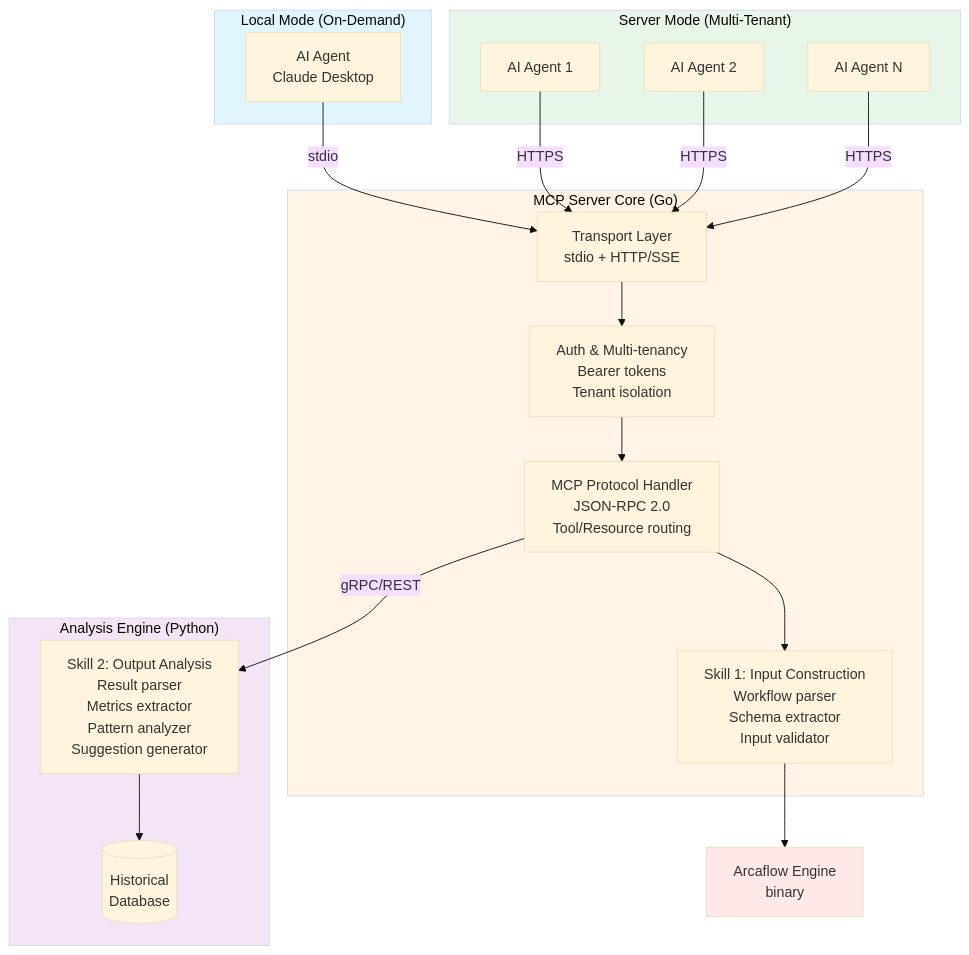
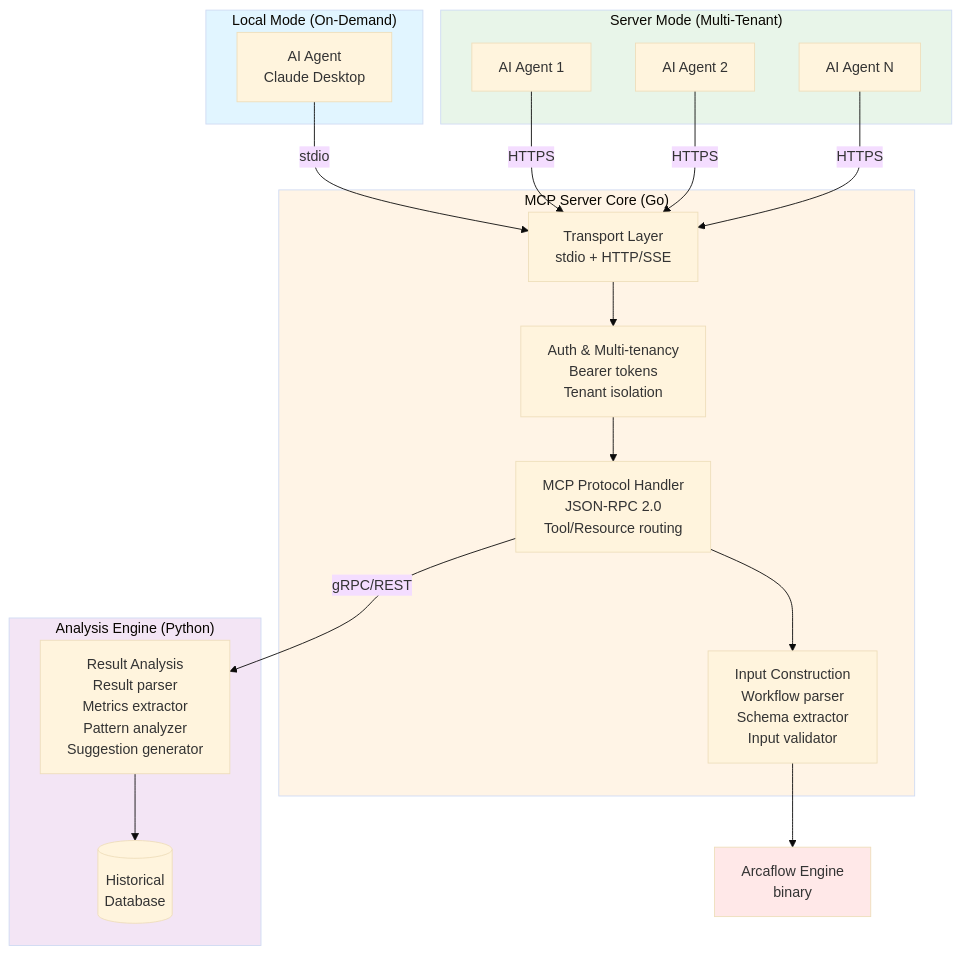
The first of 2 diagrams in DEVELOPMENT_PLAN.md (arcalot/arcaflow-mcp), drawn with Mermaid (base theme) before and after one commit. The commit also changed other lines of this file and 56 other files, not shown here.

First line of the commit message:
feat: expand workflow tooling and analysis integration

````diff
--- a/DEVELOPMENT_PLAN.md
+++ b/DEVELOPMENT_PLAN.md
@@ -632,45 +638,45 @@
 ```mermaid
 graph TB
     subgraph Local_Mode["Local Mode (On-Demand)"]
         Agent1[AI Agent<br/>Claude Desktop]
     end
     
     subgraph Server_Mode["Server Mode (Multi-Tenant)"]
         Agent2[AI Agent 1]
         Agent3[AI Agent 2]
         Agent4[AI Agent N]
     end
     
     subgraph MCP_Server["MCP Server Core (Go)"]
         Transport[Transport Layer<br/>stdio + HTTP/SSE]
         Auth[Auth & Multi-tenancy<br/>Bearer tokens<br/>Tenant isolation]
         Protocol[MCP Protocol Handler<br/>JSON-RPC 2.0<br/>Tool/Resource routing]
-        Skill1[Skill 1: Input Construction<br/>Workflow parser<br/>Schema extractor<br/>Input validator]
+        InputConstruction[Input Construction<br/>Workflow parser<br/>Schema extractor<br/>Input validator]
         
         Transport --> Auth
         Auth --> Protocol
-        Protocol --> Skill1
+        Protocol --> InputConstruction
     end
     
     subgraph Analysis_Service["Analysis Engine (Python)"]
-        Skill2[Skill 2: Output Analysis<br/>Result parser<br/>Metrics extractor<br/>Pattern analyzer<br/>Suggestion generator]
+        ResultAnalysis[Result Analysis<br/>Result parser<br/>Metrics extractor<br/>Pattern analyzer<br/>Suggestion generator]
         HistDB[(Historical<br/>Database)]
         
-        Skill2 --> HistDB
+        ResultAnalysis --> HistDB
     end
     
     Engine[Arcaflow Engine<br/>binary]
     
     Agent1 -->|stdio| Transport
     Agent2 -->|HTTPS| Transport
     Agent3 -->|HTTPS| Transport
     Agent4 -->|HTTPS| Transport
-    Skill1 --> Engine
-    Protocol -->|gRPC/REST| Skill2
+    InputConstruction --> Engine
+    Protocol -->|gRPC/REST| ResultAnalysis
     
     style Local_Mode fill:#e1f5ff
     style Server_Mode fill:#e8f5e9
     style MCP_Server fill:#fff4e6
     style Analysis_Service fill:#f3e5f5
     style Engine fill:#ffe8e8
 ```
````
